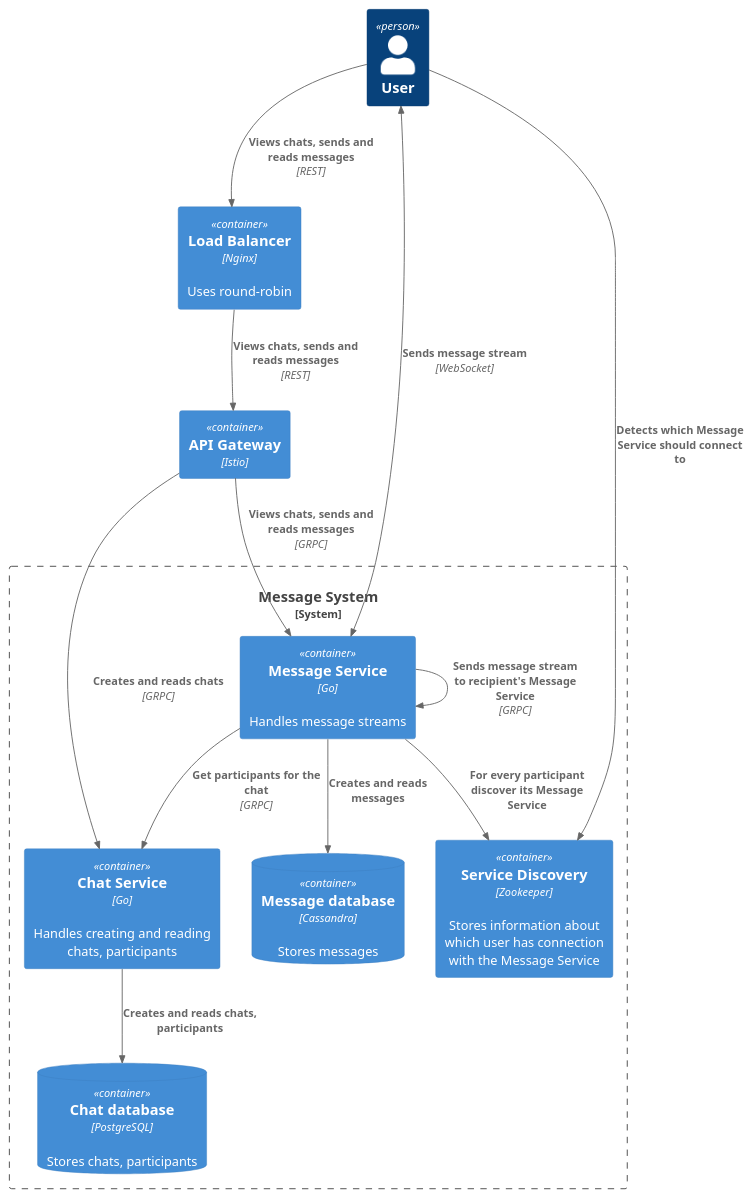
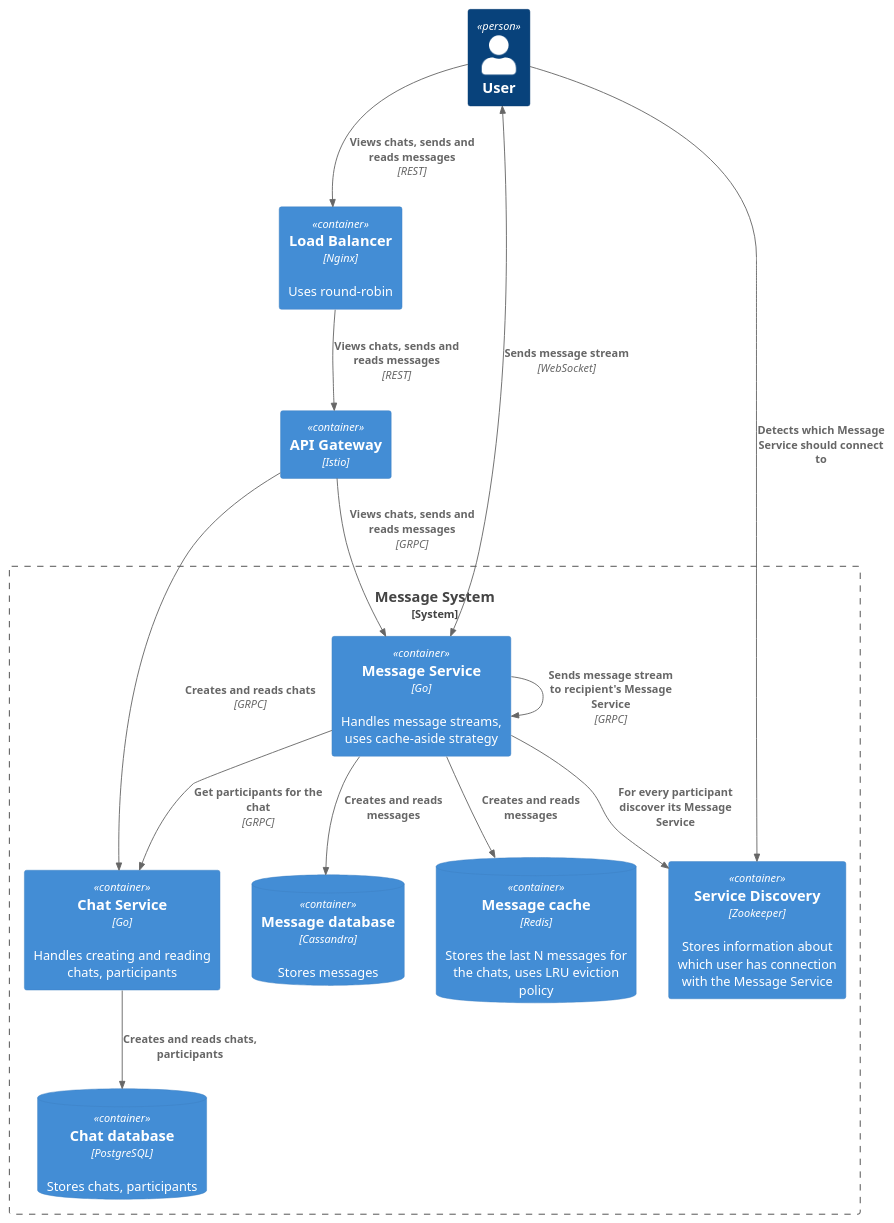
Before and after one commit to Mort4lis/social-network-system-design: the diagram in architecture/message_system/container.puml, drawn with PlantUML. The commit also changed 1 other file, not shown here.

Commit message:
docs: add caching messages

```diff
--- a/architecture/message_system/container.puml
+++ b/architecture/message_system/container.puml
@@ -1,30 +1,32 @@
 @startuml
 !include https://raw.githubusercontent.com/plantuml-stdlib/C4-PlantUML/master/C4_Container.puml
 
 Person(user, "User")
 Container(loadBalancer, "Load Balancer", "Nginx", "Uses round-robin")
 Container(apiGateway, "API Gateway", "Istio")
 
 System_Boundary(messageSystem, "Message System") {
     Container(chatService, "Chat Service", "Go", "Handles creating and reading chats, participants")
-    Container(messageService, "Message Service", "Go", "Handles message streams")
+    Container(messageService, "Message Service", "Go", "Handles message streams, uses cache-aside strategy")
     Container(serviceDiscovery, "Service Discovery", "Zookeeper", "Stores information about which user has connection with the Message Service")
     ContainerDb(chatDatabase, "Chat database", "PostgreSQL", "Stores chats, participants")
     ContainerDb(messageDatabase, "Message database", "Cassandra", "Stores messages")
+    ContainerDb(messageCache, "Message cache", "Redis", "Stores the last N messages for the chats, uses LRU eviction policy")
 }
 
 Rel(user, loadBalancer, "Views chats, sends and reads messages", "REST")
 Rel(user, serviceDiscovery, "Detects which Message Service should connect to")
 BiRel(user, messageService, "Sends message stream", "WebSocket")
 
 Rel(loadBalancer, apiGateway, "Views chats, sends and reads messages", "REST")
 Rel(apiGateway, chatService, "Creates and reads chats", "GRPC")
 Rel(apiGateway, messageService, "Views chats, sends and reads messages", "GRPC")
 
 Rel(messageService, chatService, "Get participants for the chat", "GRPC")
 Rel(messageService, serviceDiscovery, "For every participant discover its Message Service")
 Rel(messageService, messageService, "Sends message stream to recipient's Message Service", "GRPC")
 Rel(messageService, messageDatabase, "Creates and reads messages")
+Rel(messageService, messageCache, "Creates and reads messages")
 
 Rel(chatService, chatDatabase, "Creates and reads chats, participants")
 @enduml
```
